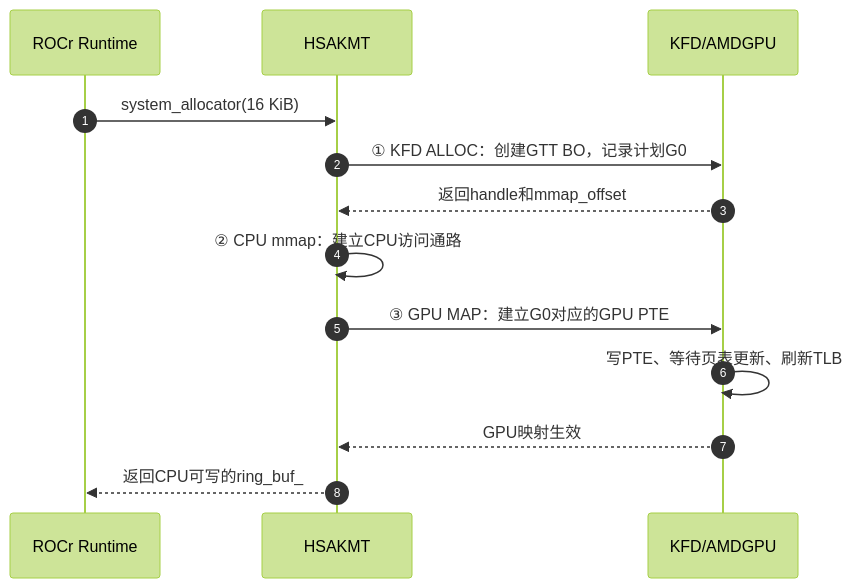
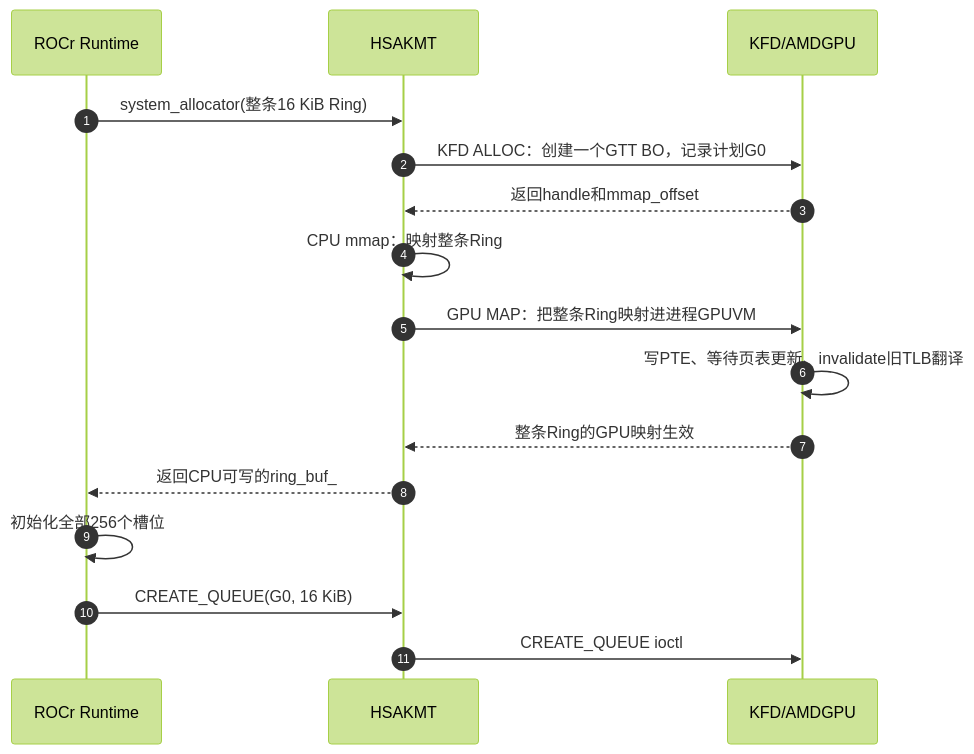
Before and after one commit to hxfei-git/gpu-study: the first of 4 diagrams in 02_GPU 内存管理基础.md, drawn with Mermaid (forest theme). The commit also changed other lines of this file and 1 other file, not shown here.

Commit message:
docs(gpu-memory): trace allocation and mapping lifecycle

````diff
--- a/02_GPU 内存管理基础.md
+++ b/02_GPU 内存管理基础.md
@@ -1736,16 +1939,19 @@
 ```mermaid
 sequenceDiagram
     autonumber
     participant ROCr as ROCr Runtime
     participant KMT as HSAKMT
     participant KFD as KFD/AMDGPU
 
-    ROCr->>KMT: system_allocator(16 KiB)
-    KMT->>KFD: ① KFD ALLOC：创建GTT BO，记录计划G0
+    ROCr->>KMT: system_allocator(整条16 KiB Ring)
+    KMT->>KFD: KFD ALLOC：创建一个GTT BO，记录计划G0
     KFD-->>KMT: 返回handle和mmap_offset
-    KMT->>KMT: ② CPU mmap：建立CPU访问通路
-    KMT->>KFD: ③ GPU MAP：建立G0对应的GPU PTE
-    KFD->>KFD: 写PTE、等待页表更新、刷新TLB
-    KFD-->>KMT: GPU映射生效
+    KMT->>KMT: CPU mmap：映射整条Ring
+    KMT->>KFD: GPU MAP：把整条Ring映射进进程GPUVM
+    KFD->>KFD: 写PTE、等待页表更新、invalidate旧TLB翻译
+    KFD-->>KMT: 整条Ring的GPU映射生效
     KMT-->>ROCr: 返回CPU可写的ring_buf_
+    ROCr->>ROCr: 初始化全部256个槽位
+    ROCr->>KMT: CREATE_QUEUE(G0, 16 KiB)
+    KMT->>KFD: CREATE_QUEUE ioctl
 ```
````
